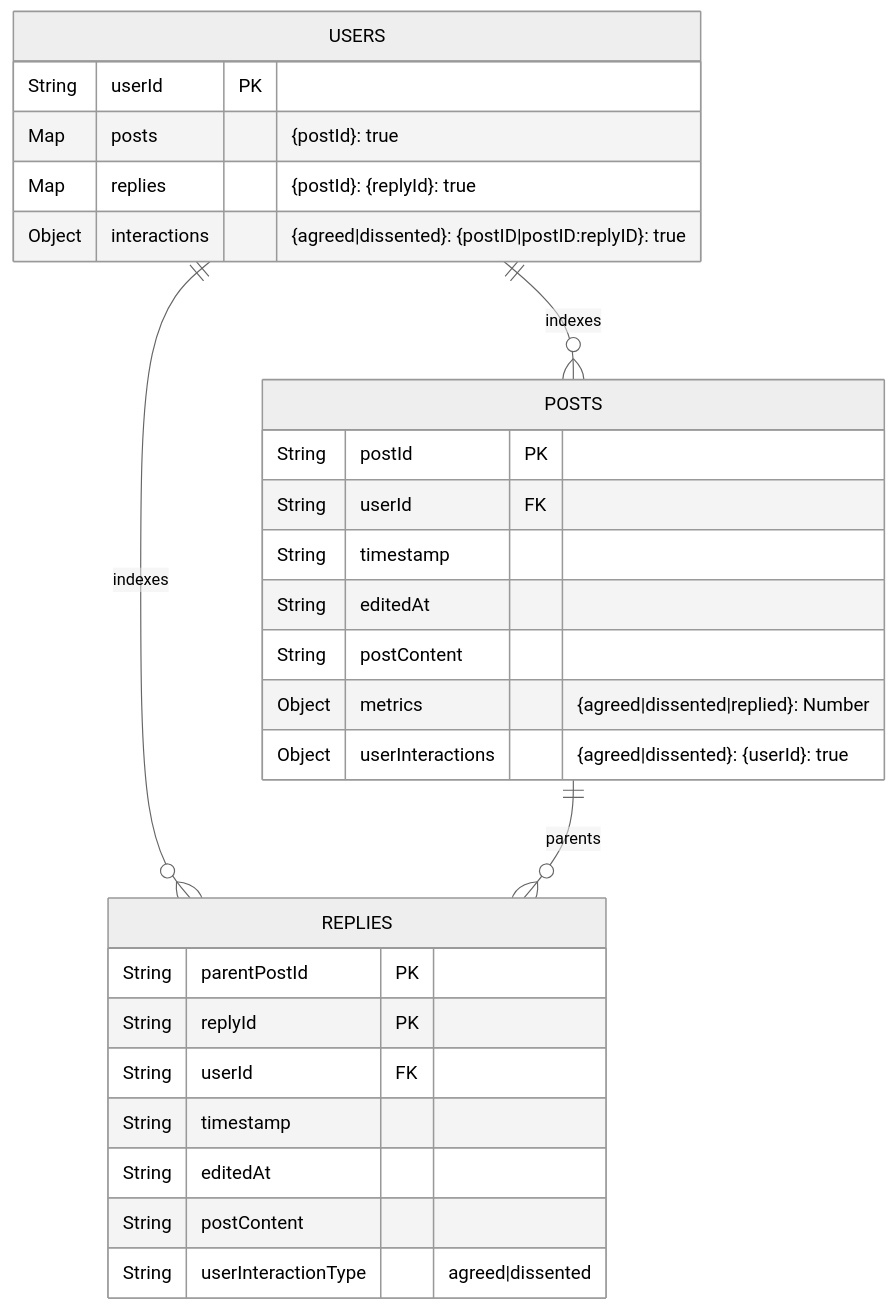
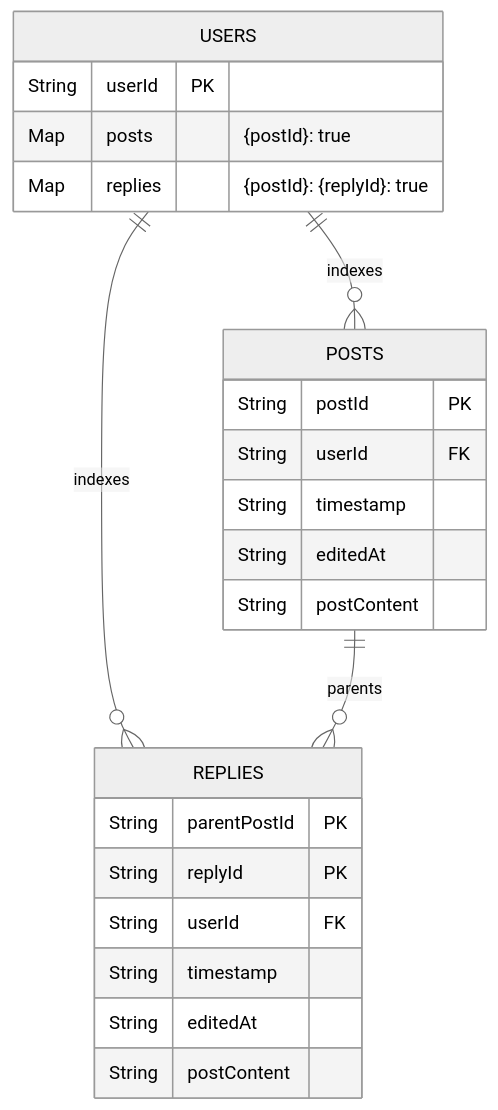
The diagram in README.md (n-crespo/theopendissent), drawn with Mermaid (neutral theme) before and after one commit. The commit also changed other lines of this file, not shown here.

````diff
--- a/README.md
+++ b/README.md
@@ -46,34 +48,30 @@
 ```mermaid
 erDiagram
   USERS ||--o{ POSTS : "indexes"
   USERS ||--o{ REPLIES : "indexes"
   POSTS ||--o{ REPLIES : "parents"
 
   USERS {
     String userId PK
     Map posts "{postId}: true"
     Map replies "{postId}: {replyId}: true"
-    Object interactions "{agreed|dissented}: {postID|postID:replyID}: true"
   }
 
   POSTS {
     String postId PK
     String userId FK
     String timestamp
     String editedAt
     String postContent
-    Object metrics "{agreed|dissented|replied}: Number"
-    Object userInteractions "{agreed|dissented}: {userId}: true"
   }
 
   REPLIES {
     String parentPostId PK
     String replyId PK
     String userId FK
     String timestamp
     String editedAt
     String postContent
-    String userInteractionType "agreed|dissented"
   }
 
 ```
````
